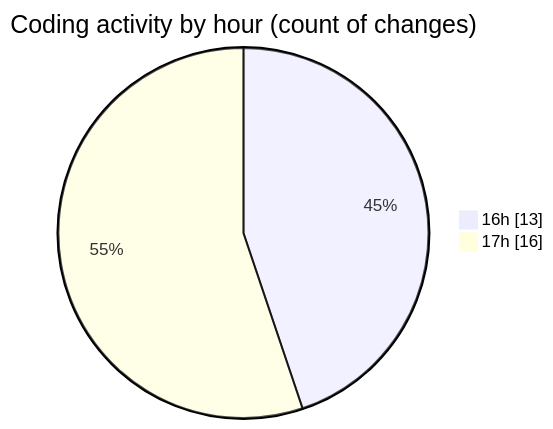
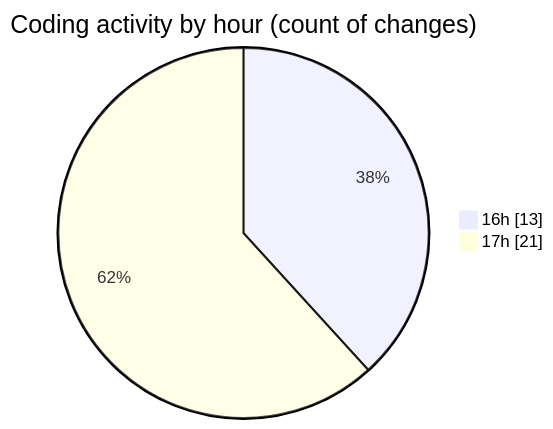
The second of 2 diagrams in 2026-01-13/plugins__workspace_/README.md (debugP/code-tracking), drawn with Mermaid before and after one commit. The commit also changed other lines of this file and 1 other file, not shown here.

````diff
--- a/2026-01-13/plugins__workspace_/README.md
+++ b/2026-01-13/plugins__workspace_/README.md
@@ -28,6 +28,6 @@
 ```mermaid
 pie showData
 title Coding activity by hour (count of changes)
 "16h" : 13
-"17h" : 16
+"17h" : 21
 ```
````
